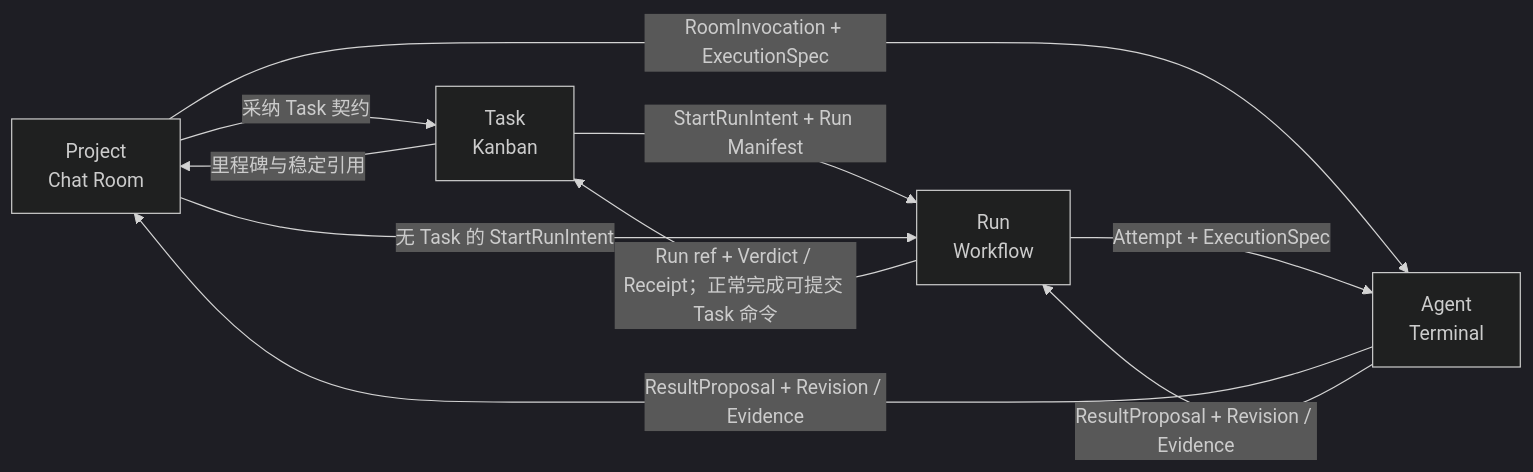
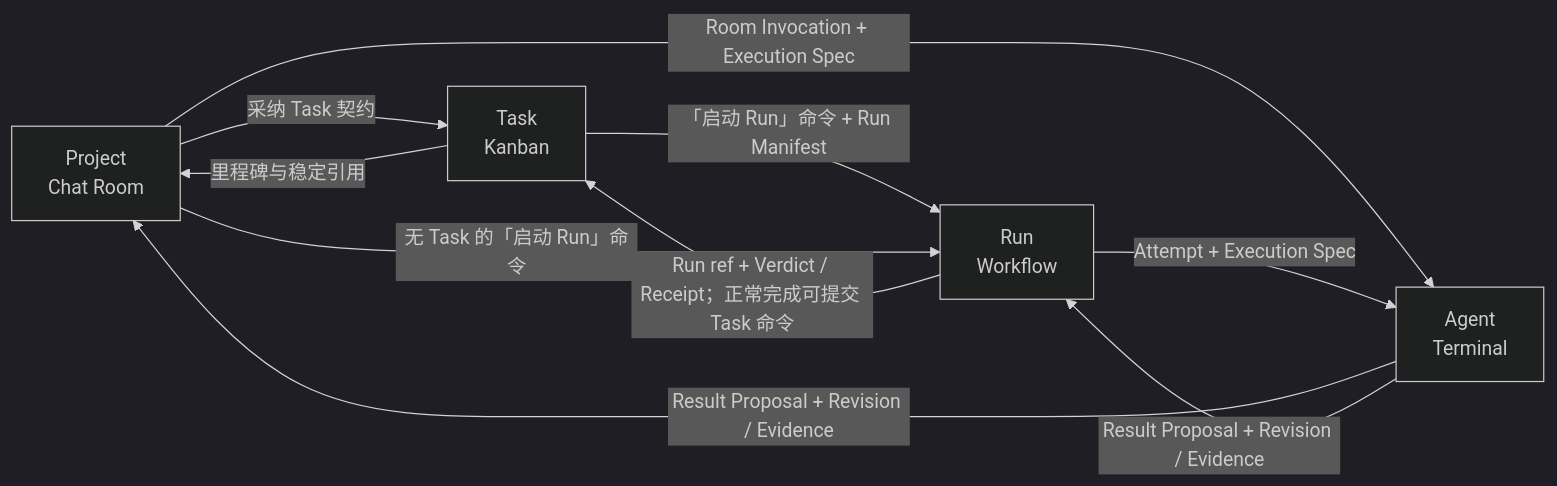
The diagram in docs/design/spec/connections.md (yesme/hctl2), drawn with Mermaid (dark theme) before and after one commit. The commit also changed other lines of this file and 18 other files, not shown here.

````diff
--- a/docs/design/spec/connections.md
+++ b/docs/design/spec/connections.md
@@ -20,12 +20,12 @@
 ```mermaid
 flowchart LR
     P["Project\nChat Room"] -->|采纳 Task 契约| T["Task\nKanban"]
-    T -->|StartRunIntent + Run Manifest| R["Run\nWorkflow"]
-    P -->|无 Task 的 StartRunIntent| R
-    P -->|RoomInvocation + ExecutionSpec| H["Agent\nTerminal"]
-    R -->|Attempt + ExecutionSpec| H
-    H -->|ResultProposal + Revision / Evidence| P
-    H -->|ResultProposal + Revision / Evidence| R
+    T -->|「启动 Run」命令 + Run Manifest| R["Run\nWorkflow"]
+    P -->|无 Task 的「启动 Run」命令| R
+    P -->|Room Invocation + Execution Spec| H["Agent\nTerminal"]
+    R -->|Attempt + Execution Spec| H
+    H -->|Result Proposal + Revision / Evidence| P
+    H -->|Result Proposal + Revision / Evidence| R
     R -->|Run ref + Verdict / Receipt；正常完成可提交 Task 命令| T
     T -->|里程碑与稳定引用| P
 ```
````
